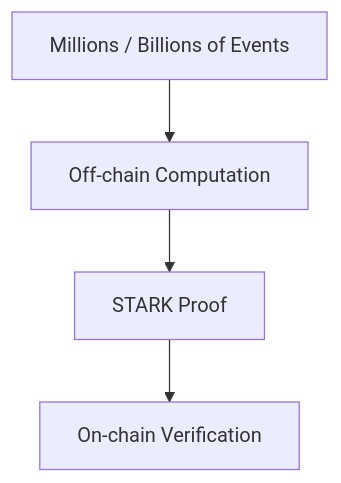
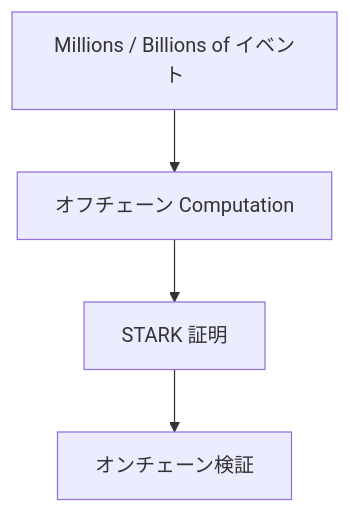
Diagram 16 of 43 in docs/whitepaper/09-technology.md (ShigeichiroYamasaki/creator-first-platform), drawn with Mermaid before and after one commit. The commit also changed other lines of this file and 72 other files, not shown here.

````diff
--- a/docs/whitepaper/09-technology.md
+++ b/docs/whitepaper/09-technology.md
@@ -675,11 +675,11 @@
 ```mermaid
 flowchart TD
-    EVENTS[Millions / Billions of Events]
-    OFF[Off-chain Computation]
-    STARK[STARK Proof]
-    CHAIN[On-chain Verification]
+    EVENTS[Millions / Billions of イベント]
+    OFF[オフチェーン Computation]
+    STARK[STARK 証明]
+    CHAIN[オンチェーン検証]
 
     EVENTS --> OFF
     OFF --> STARK
     STARK --> CHAIN
 ```
````
